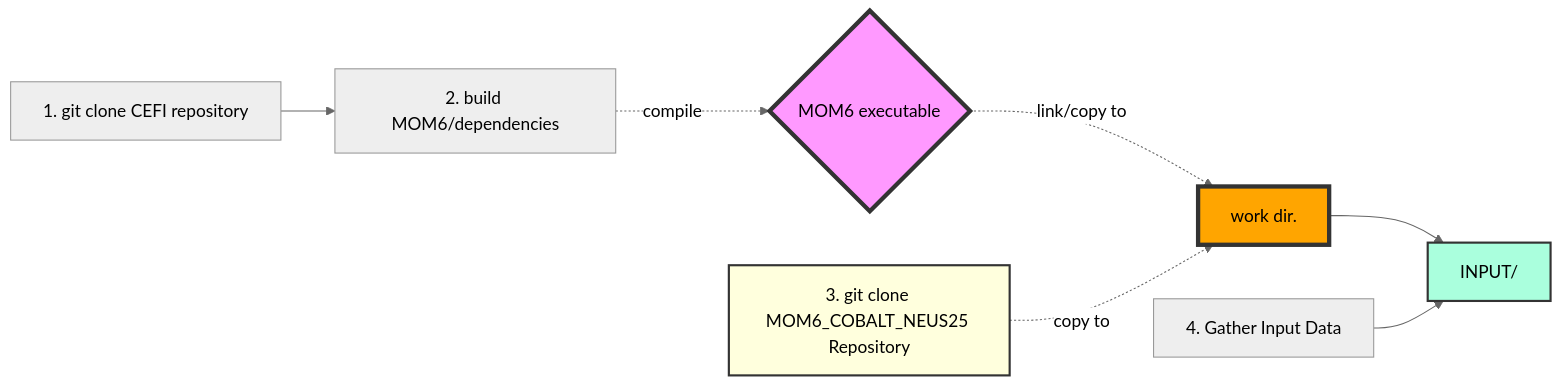
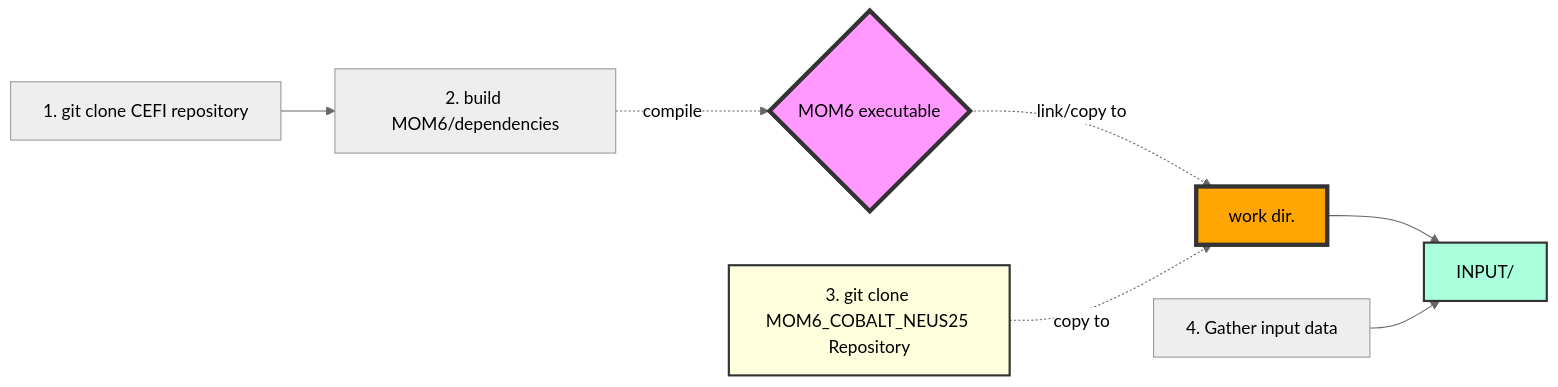
One commit to dksasaki/MOM6_COBALT_NEUS25 changed the first of 2 diagrams in README2.md. Above: the diagram before and after it, drawn with Mermaid (neutral theme). The commit also changed other lines of this file, not shown here.

Commit message:
minor changes

````diff
--- a/README2.md
+++ b/README2.md
@@ -19,18 +19,18 @@
 ```mermaid
 flowchart LR
     A[1. git clone CEFI repository] --> B[2. build MOM6/dependencies]
     B -.-> |compile| C{MOM6 executable}
     
     D[3. git clone MOM6_COBALT_NEUS25 Repository]
     C -.-> |link/copy to| E[work dir.]
     D -.-> |copy to| E
     
     E --> H
 
-    F[4. Gather Input Data ]
+    F[4. Gather input data ]
     F --> H[INPUT/]
     style D fill:#ffd,stroke:#333,stroke-width:2px
     style C fill:#f9f,stroke:#333,stroke-width:4px
     style H fill:#afd,stroke:#333,stroke-width:2px
     style E fill:#ffa500,stroke:#333,stroke-width:4px
 ```
````
